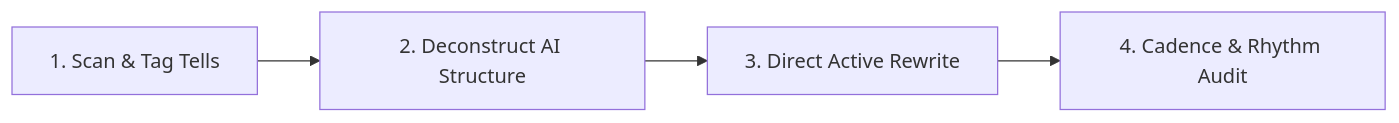
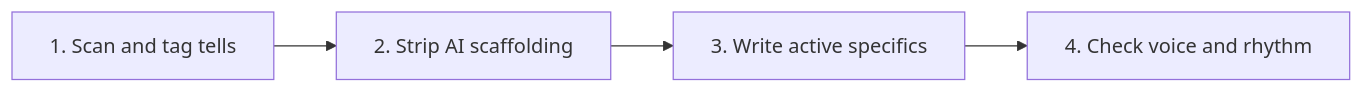
Before and after one commit to danicat/skills: the diagram in writing/deslopify/SKILL.md, drawn with Mermaid. The commit also changed other lines of this file and 229 other files, not shown here.

````diff
--- a/writing/deslopify/SKILL.md
+++ b/writing/deslopify/SKILL.md
@@ -64,6 +70,6 @@
 ```mermaid
-graph LR
-    A[1. Scan & Tag Tells] --> B[2. Deconstruct AI Structure]
-    B --> C[3. Direct Active Rewrite]
-    C --> D[4. Cadence & Rhythm Audit]
+flowchart LR
+    A["1. Scan and tag tells"] --> B["2. Strip AI scaffolding"]
+    B --> C["3. Write active specifics"]
+    C --> D["4. Check voice and rhythm"]
 ```
````
